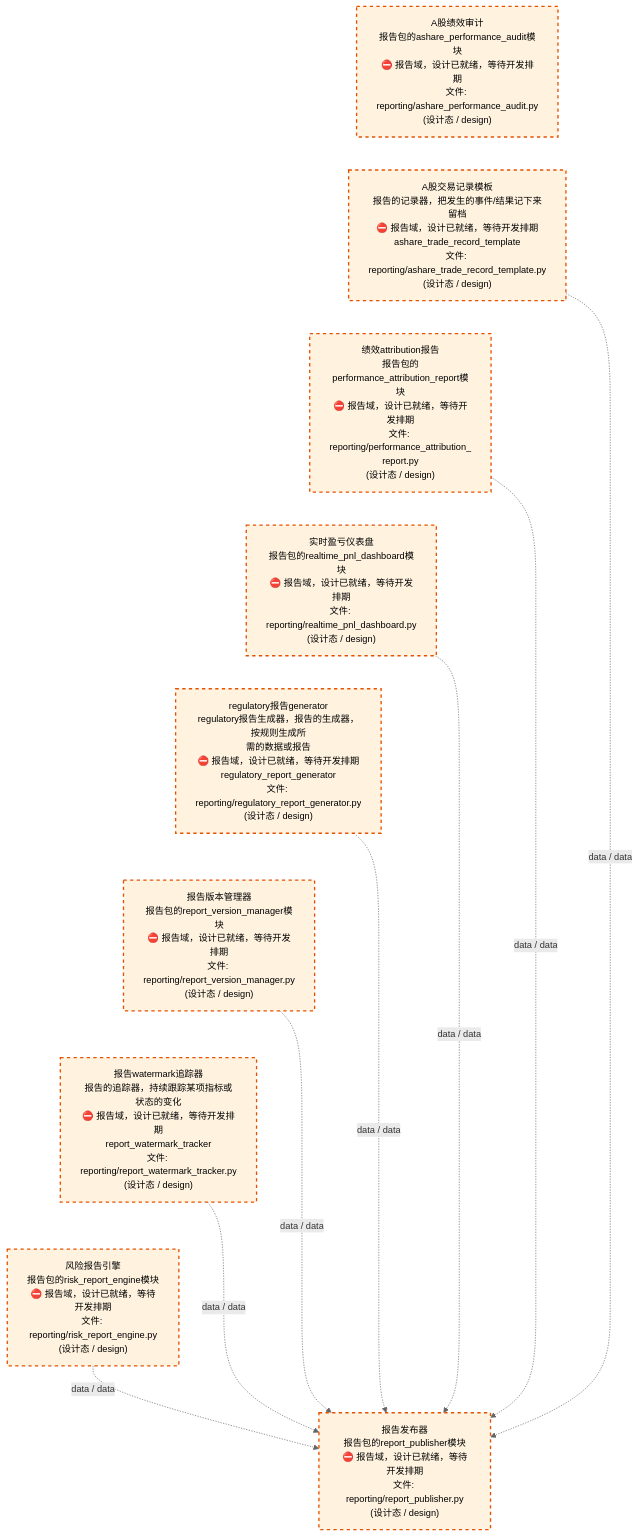
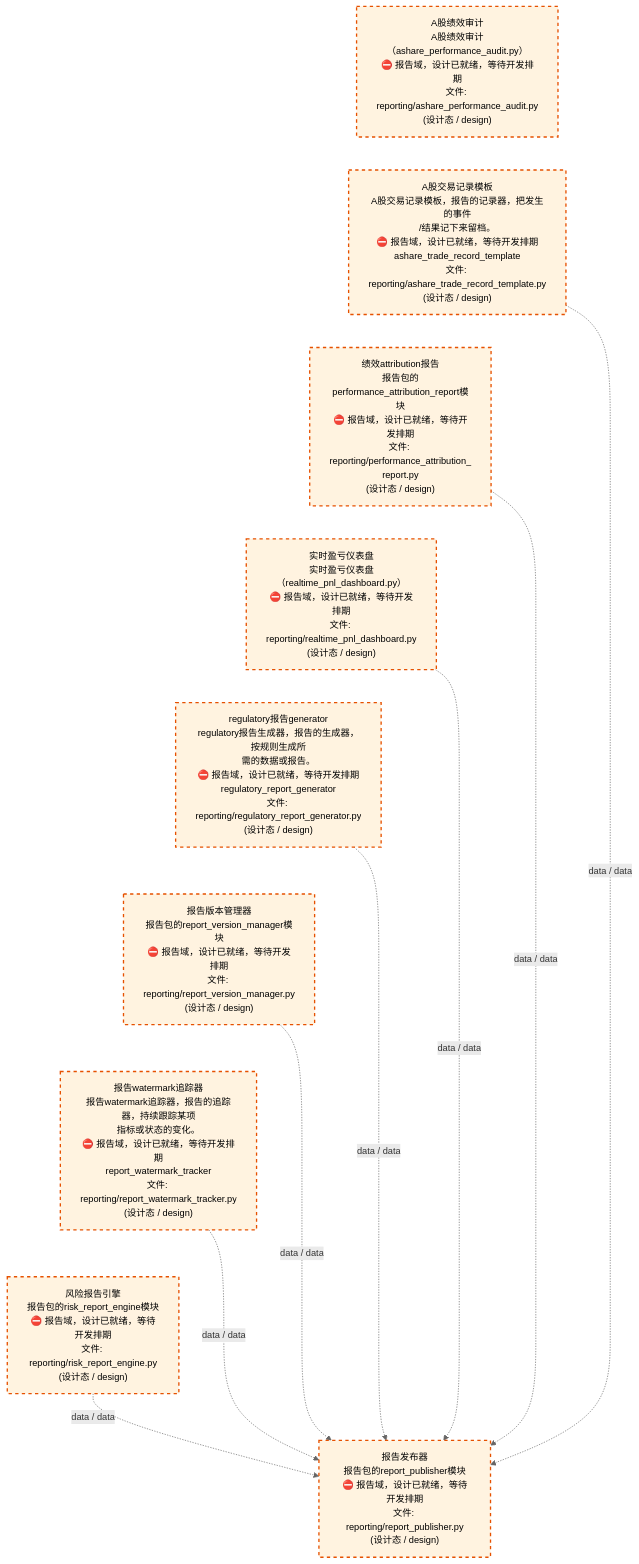
The third of 4 diagrams in docs/02_enterprise_architecture/02_domain_architecture_docs/26_d_reporting.md (xuanFelixVan/ZephyrAlpha), drawn with Mermaid before and after one commit. The commit also changed other lines of this file and 58 other files, not shown here.

````diff
--- a/docs/02_enterprise_architecture/02_domain_architecture_docs/26_d_reporting.md
+++ b/docs/02_enterprise_architecture/02_domain_architecture_docs/26_d_reporting.md
@@ -137,32 +137,32 @@
 ```mermaid
 %%{init: {'theme': 'base', 'themeVariables': {'primaryColor': '#eaeaea', 'primaryTextColor': '#333333', 'primaryBorderColor': '#666666', 'lineColor': '#666666', 'secondaryColor': '#eaeaea', 'tertiaryColor': '#eaeaea', 'fontSize': '14px'}}}%%
 flowchart TD
-    src_zephyr_reporting_ashare_performance_audit_py["A股绩效审计<br/>报告包的ashare_performance_audit模块<br/>⛔ 报告域，设计已就绪，等待开发排期<br/>文件: reporting/ashare_performance_audit.py<br/>(设计态 / design)"]
-    src_zephyr_reporting_ashare_trade_record_template_py["A股交易记录模板<br/>报告的记录器，把发生的事件/结果记下来留档<br/>⛔ 报告域，设计已就绪，等待开发排期<br/>ashare_trade_record_template<br/>文件: reporting/ashare_trade_record_template.py<br/>(设计态 / design)"]
+    src_zephyr_reporting_ashare_performance_audit_py["A股绩效审计<br/>A股绩效审计（ashare_performance_audit.py）<br/>⛔ 报告域，设计已就绪，等待开发排期<br/>文件: reporting/ashare_performance_audit.py<br/>(设计态 / design)"]
+    src_zephyr_reporting_ashare_trade_record_template_py["A股交易记录模板<br/>A股交易记录模板，报告的记录器，把发生的事件<br/>/结果记下来留档。<br/>⛔ 报告域，设计已就绪，等待开发排期<br/>ashare_trade_record_template<br/>文件: reporting/ashare_trade_record_template.py<br/>(设计态 / design)"]
     src_zephyr_reporting_performance_attribution_report_py["绩效attribution报告<br/>报告包的performance_attribution_report模块<br/>⛔ 报告域，设计已就绪，等待开发排期<br/>文件: reporting/performance_attribution_<br/>report.py<br/>(设计态 / design)"]
-    src_zephyr_reporting_realtime_pnl_dashboard_py["实时盈亏仪表盘<br/>报告包的realtime_pnl_dashboard模块<br/>⛔ 报告域，设计已就绪，等待开发排期<br/>文件: reporting/realtime_pnl_dashboard.py<br/>(设计态 / design)"]
-    src_zephyr_reporting_regulatory_report_generator_py["regulatory报告generator<br/>regulatory报告生成器，报告的生成器，按规则生成所<br/>需的数据或报告<br/>⛔ 报告域，设计已就绪，等待开发排期<br/>regulatory_report_generator<br/>文件: reporting/regulatory_report_generator.py<br/>(设计态 / design)"]
+    src_zephyr_reporting_realtime_pnl_dashboard_py["实时盈亏仪表盘<br/>实时盈亏仪表盘（realtime_pnl_dashboard.py）<br/>⛔ 报告域，设计已就绪，等待开发排期<br/>文件: reporting/realtime_pnl_dashboard.py<br/>(设计态 / design)"]
+    src_zephyr_reporting_regulatory_report_generator_py["regulatory报告generator<br/>regulatory报告生成器，报告的生成器，按规则生成所<br/>需的数据或报告。<br/>⛔ 报告域，设计已就绪，等待开发排期<br/>regulatory_report_generator<br/>文件: reporting/regulatory_report_generator.py<br/>(设计态 / design)"]
     src_zephyr_reporting_report_version_manager_py["报告版本管理器<br/>报告包的report_version_manager模块<br/>⛔ 报告域，设计已就绪，等待开发排期<br/>文件: reporting/report_version_manager.py<br/>(设计态 / design)"]
-    src_zephyr_reporting_report_watermark_tracker_py["报告watermark追踪器<br/>报告的追踪器，持续跟踪某项指标或状态的变化<br/>⛔ 报告域，设计已就绪，等待开发排期<br/>report_watermark_tracker<br/>文件: reporting/report_watermark_tracker.py<br/>(设计态 / design)"]
+    src_zephyr_reporting_report_watermark_tracker_py["报告watermark追踪器<br/>报告watermark追踪器，报告的追踪器，持续跟踪某项<br/>指标或状态的变化。<br/>⛔ 报告域，设计已就绪，等待开发排期<br/>report_watermark_tracker<br/>文件: reporting/report_watermark_tracker.py<br/>(设计态 / design)"]
     src_zephyr_reporting_risk_report_engine_py["风险报告引擎<br/>报告包的risk_report_engine模块<br/>⛔ 报告域，设计已就绪，等待开发排期<br/>文件: reporting/risk_report_engine.py<br/>(设计态 / design)"]
     src_zephyr_reporting_ashare_performance_audit_py ~~~ src_zephyr_reporting_ashare_trade_record_template_py
     src_zephyr_reporting_ashare_trade_record_template_py ~~~ src_zephyr_reporting_performance_attribution_report_py
     src_zephyr_reporting_performance_attribution_report_py ~~~ src_zephyr_reporting_realtime_pnl_dashboard_py
     src_zephyr_reporting_realtime_pnl_dashboard_py ~~~ src_zephyr_reporting_regulatory_report_generator_py
     src_zephyr_reporting_regulatory_report_generator_py ~~~ src_zephyr_reporting_report_version_manager_py
     src_zephyr_reporting_report_version_manager_py ~~~ src_zephyr_reporting_report_watermark_tracker_py
     src_zephyr_reporting_report_watermark_tracker_py ~~~ src_zephyr_reporting_risk_report_engine_py
     src_zephyr_reporting_report_publisher_py["报告发布器<br/>报告包的report_publisher模块<br/>⛔ 报告域，设计已就绪，等待开发排期<br/>文件: reporting/report_publisher.py<br/>(设计态 / design)"]
     src_zephyr_reporting_ashare_trade_record_template_py -.->|data / data| src_zephyr_reporting_report_publisher_py
     src_zephyr_reporting_realtime_pnl_dashboard_py -.->|data / data| src_zephyr_reporting_report_publisher_py
     src_zephyr_reporting_regulatory_report_generator_py -.->|data / data| src_zephyr_reporting_report_publisher_py
     src_zephyr_reporting_risk_report_engine_py -.->|data / data| src_zephyr_reporting_report_publisher_py
     src_zephyr_reporting_report_version_manager_py -.->|data / data| src_zephyr_reporting_report_publisher_py
     src_zephyr_reporting_performance_attribution_report_py -.->|data / data| src_zephyr_reporting_report_publisher_py
     src_zephyr_reporting_report_watermark_tracker_py -.->|data / data| src_zephyr_reporting_report_publisher_py
     classDef production fill:#e1f5fe,stroke:#01579b,stroke-width:2px,color:#000
     classDef design fill:#fff3e0,stroke:#e65100,stroke-width:2px,color:#000,stroke-dasharray: 5 5
     classDef external_prod fill:#e8f4fd,stroke:#0277bd,stroke-width:1px,color:#000
     classDef external_design fill:#fff8e7,stroke:#ef6c00,stroke-width:1px,color:#000,stroke-dasharray: 5 5
     class src_zephyr_reporting_ashare_performance_audit_py,src_zephyr_reporting_ashare_trade_record_template_py,src_zephyr_reporting_performance_attribution_report_py,src_zephyr_reporting_realtime_pnl_dashboard_py,src_zephyr_reporting_regulatory_report_generator_py,src_zephyr_reporting_report_publisher_py,src_zephyr_reporting_report_version_manager_py,src_zephyr_reporting_report_watermark_tracker_py,src_zephyr_reporting_risk_report_engine_py design
 ```
````
